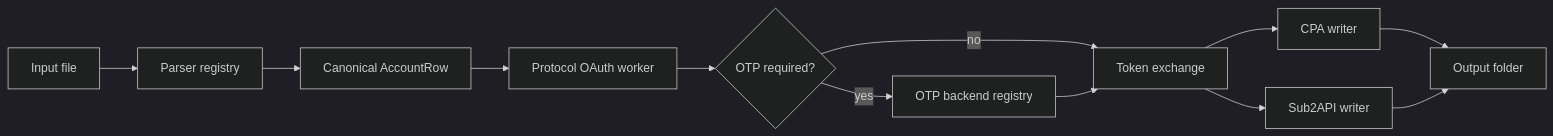
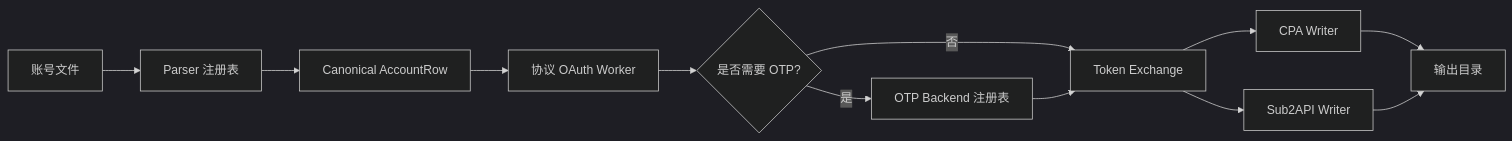
The diagram in README.md (AyeSt0/gpt2json), drawn with Mermaid (dark theme) before and after one commit. The commit also changed other lines of this file and 19 other files, not shown here.

Commit message:
Localize Chinese docs and make OTP backend-first

````diff
--- a/README.md
+++ b/README.md
@@ -125,14 +138,14 @@
 ```mermaid
 flowchart LR
-    A[Input file] --> B[Parser registry]
+    A[账号文件] --> B[Parser 注册表]
     B --> C[Canonical AccountRow]
-    C --> D[Protocol OAuth worker]
-    D --> E{OTP required?}
-    E -- no --> G[Token exchange]
-    E -- yes --> F[OTP backend registry]
+    C --> D[协议 OAuth Worker]
+    D --> E{是否需要 OTP?}
+    E -- 否 --> G[Token Exchange]
+    E -- 是 --> F[OTP Backend 注册表]
     F --> G
-    G --> H[CPA writer]
-    G --> I[Sub2API writer]
-    H --> J[Output folder]
+    G --> H[CPA Writer]
+    G --> I[Sub2API Writer]
+    H --> J[输出目录]
     I --> J
 ```
````
